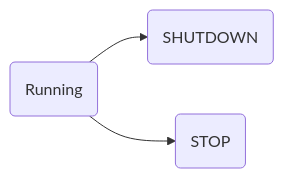
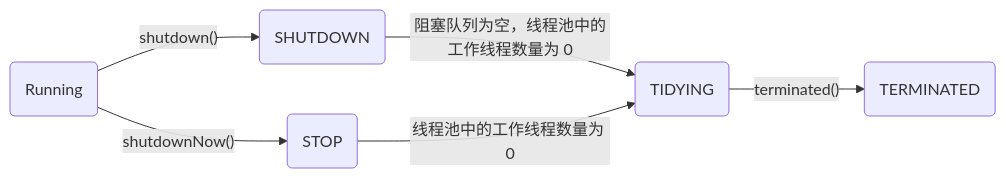
One commit to kekaiyuan/resource changed the diagram in _posts/java/javase/2021-06-07-11-thread-pool.md. Above: the diagram before and after it, drawn with Mermaid.

Commit message:
修改文件: _posts/java/javase/2021-06-07-11-thread-pool.md

```diff
--- a/_posts/java/javase/2021-06-07-11-thread-pool.md
+++ b/_posts/java/javase/2021-06-07-11-thread-pool.md
@@ -56,5 +56,8 @@
 <div class="mermaid">
 graph LR;
-A(Running) --> B1(SHUTDOWN);
-A --> B2(STOP);
+A(Running) --"shutdown()"--> B1(SHUTDOWN);
+A --"shutdownNow()"--> B2(STOP);
+B1 --"阻塞队列为空，线程池中的工作线程数量为 0"--> C(TIDYING)
+B2 --"线程池中的工作线程数量为 0"--> C
+C --"terminated()"--> D(TERMINATED)
 </div>
```
